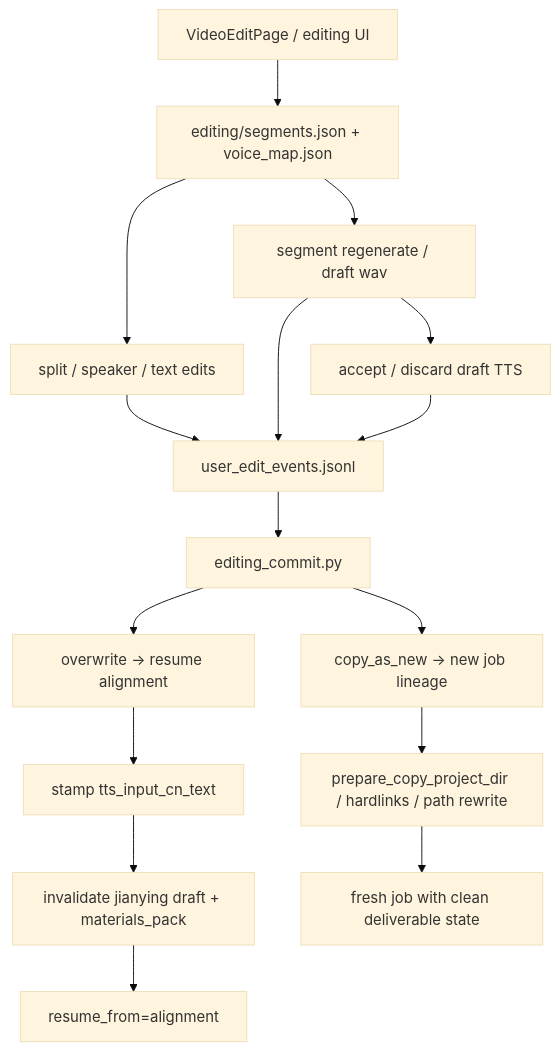
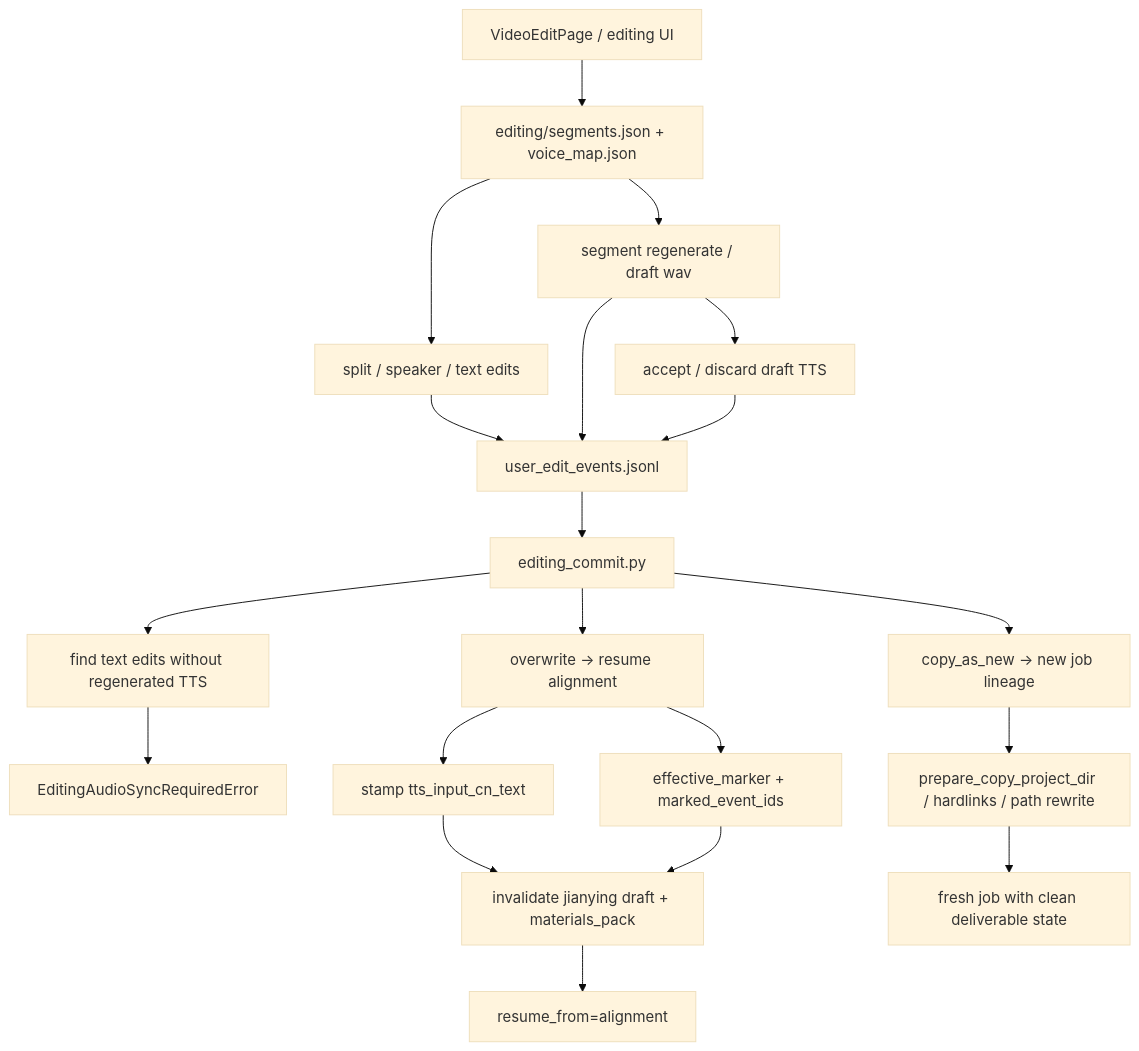
One commit to sun9bear/AITransVideo changed the diagram in docs/graphs/GITNEXUS_EDITING_POST_EDIT_GRAPH.md. Above: the diagram before and after it, drawn with Mermaid (base theme). The commit also changed other lines of this file and 6 other files, not shown here.

Commit message:
docs(graphs): refresh GitNexus graphs to 5c88213

````diff
--- a/docs/graphs/GITNEXUS_EDITING_POST_EDIT_GRAPH.md
+++ b/docs/graphs/GITNEXUS_EDITING_POST_EDIT_GRAPH.md
@@ -16,22 +17,26 @@
 ```mermaid
 graph TD
     EditPage["VideoEditPage / editing UI"] --> Segments["editing/segments.json + voice_map.json"]
     Segments --> DraftTTS["segment regenerate / draft wav"]
     DraftTTS --> Accept["accept / discard draft TTS"]
     Segments --> Structural["split / speaker / text edits"]
 
     Structural --> Audit["user_edit_events.jsonl"]
     DraftTTS --> Audit
     Accept --> Audit
 
     Audit --> Commit["editing_commit.py"]
+    Commit --> SyncCheck["find text edits without regenerated TTS"]
+    SyncCheck --> Guard["EditingAudioSyncRequiredError"]
     Commit --> Overwrite["overwrite -> resume alignment"]
     Commit --> CopyNew["copy_as_new -> new job lineage"]
 
     Overwrite --> Stamp["stamp tts_input_cn_text"]
+    Overwrite --> Marker["effective_marker + marked_event_ids"]
     Stamp --> Reset["invalidate jianying draft + materials_pack"]
+    Marker --> Reset
     Reset --> Resume["resume_from=alignment"]
 
     CopyNew --> Prepare["prepare_copy_project_dir / hardlinks / path rewrite"]
     Prepare --> NewJob["fresh job with clean deliverable state"]
 ```
````
